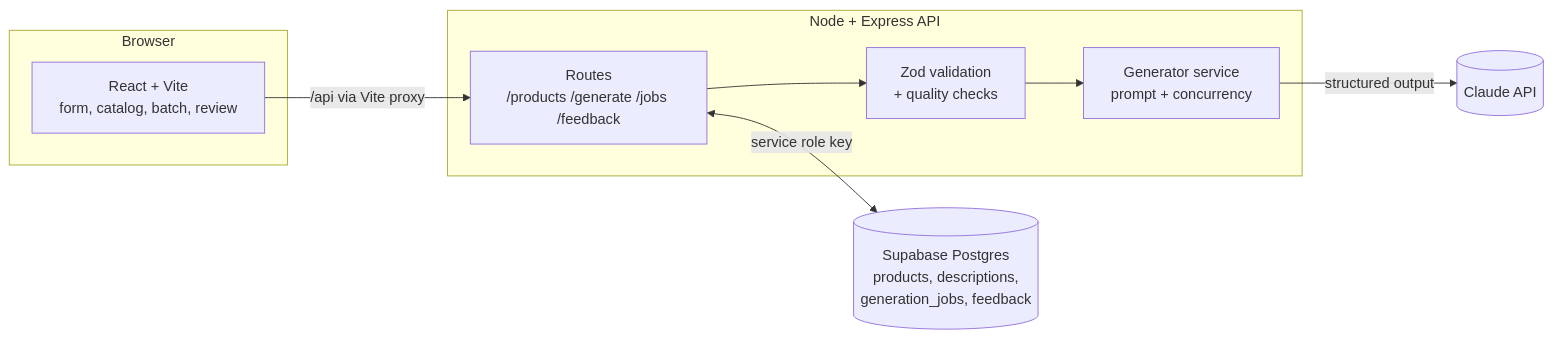
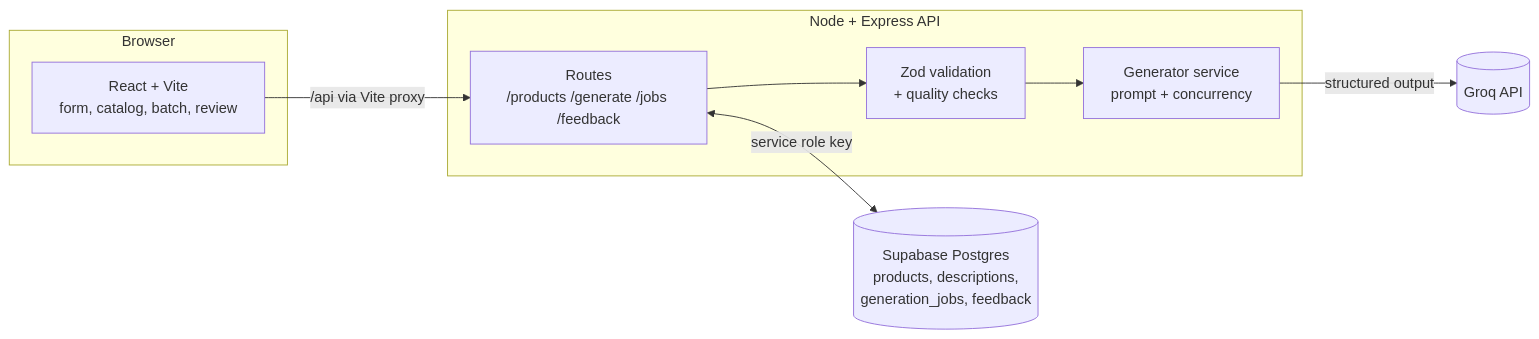
One commit to arjunfrog/tcshack changed the diagram in docs/PLAN.md. Above: the diagram before and after it, drawn with Mermaid. The commit also changed other lines of this file and 20 other files, not shown here.

First line of the commit message:
Switch LLM to Groq and connect the catalog to Supabase

````diff
--- a/docs/PLAN.md
+++ b/docs/PLAN.md
@@ -34,18 +34,18 @@
 ```mermaid
 flowchart LR
   subgraph Browser
     UI[React + Vite<br/>form, catalog, batch, review]
   end
   subgraph Server[Node + Express API]
     R[Routes<br/>/products /generate /jobs /feedback]
     V[Zod validation<br/>+ quality checks]
     G[Generator service<br/>prompt + concurrency]
   end
-  LLM[(Claude API)]
+  LLM[(Groq API)]
   DB[(Supabase Postgres<br/>products, descriptions,<br/>generation_jobs, feedback)]
 
   UI -- /api via Vite proxy --> R
   R --> V --> G
   G -- structured output --> LLM
   R <-- service role key --> DB
 ```
````
